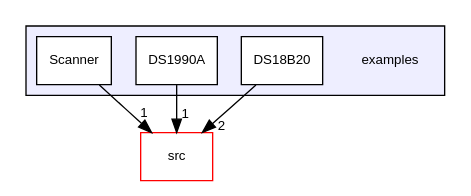
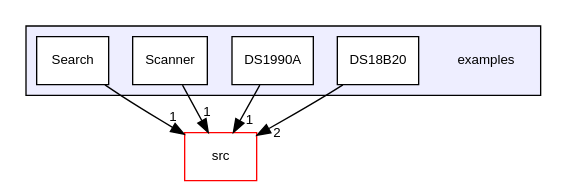
The diagram in Arduino-OWI/dir_d28a4824dc47e487b107a5db32ef43c4_dep.dot (mikaelpatel/mikaelpatel.github.io), drawn with Graphviz before and after one commit. The commit also changed 91 other files, not shown here.

```diff
--- a/Arduino-OWI/dir_d28a4824dc47e487b107a5db32ef43c4_dep.dot
+++ b/Arduino-OWI/dir_d28a4824dc47e487b107a5db32ef43c4_dep.dot
@@ -1,16 +1,18 @@
 digraph "examples" {
   compound=true
   node [ fontsize="10", fontname="Helvetica"];
   edge [ labelfontsize="10", labelfontname="Helvetica"];
   subgraph clusterdir_d28a4824dc47e487b107a5db32ef43c4 {
     graph [ bgcolor="#eeeeff", pencolor="black", label="" URL="dir_d28a4824dc47e487b107a5db32ef43c4.html"];
     dir_d28a4824dc47e487b107a5db32ef43c4 [shape=plaintext label="examples"];
     dir_edc7f58e8c82682a6129433ec455bcd5 [shape=box label="DS18B20" color="black" fillcolor="white" style="filled" URL="dir_edc7f58e8c82682a6129433ec455bcd5.html"];
     dir_8c1bb936615844b522f4b0b799130dfa [shape=box label="DS1990A" color="black" fillcolor="white" style="filled" URL="dir_8c1bb936615844b522f4b0b799130dfa.html"];
     dir_3c255463df23486bbba0dcefb1196b0f [shape=box label="Scanner" color="black" fillcolor="white" style="filled" URL="dir_3c255463df23486bbba0dcefb1196b0f.html"];
+    dir_248e8ef9f6f04c4f5605684854d1c790 [shape=box label="Search" color="black" fillcolor="white" style="filled" URL="dir_248e8ef9f6f04c4f5605684854d1c790.html"];
   }
   dir_68267d1309a1af8e8297ef4c3efbcdba [shape=box label="src" fillcolor="white" style="filled" color="red" URL="dir_68267d1309a1af8e8297ef4c3efbcdba.html"];
-  dir_8c1bb936615844b522f4b0b799130dfa->dir_68267d1309a1af8e8297ef4c3efbcdba [headlabel="1", labeldistance=1.5 headhref="dir_000002_000004.html"];
-  dir_edc7f58e8c82682a6129433ec455bcd5->dir_68267d1309a1af8e8297ef4c3efbcdba [headlabel="2", labeldistance=1.5 headhref="dir_000001_000004.html"];
-  dir_3c255463df23486bbba0dcefb1196b0f->dir_68267d1309a1af8e8297ef4c3efbcdba [headlabel="1", labeldistance=1.5 headhref="dir_000003_000004.html"];
+  dir_248e8ef9f6f04c4f5605684854d1c790->dir_68267d1309a1af8e8297ef4c3efbcdba [headlabel="1", labeldistance=1.5 headhref="dir_000004_000005.html"];
+  dir_8c1bb936615844b522f4b0b799130dfa->dir_68267d1309a1af8e8297ef4c3efbcdba [headlabel="1", labeldistance=1.5 headhref="dir_000002_000005.html"];
+  dir_edc7f58e8c82682a6129433ec455bcd5->dir_68267d1309a1af8e8297ef4c3efbcdba [headlabel="2", labeldistance=1.5 headhref="dir_000001_000005.html"];
+  dir_3c255463df23486bbba0dcefb1196b0f->dir_68267d1309a1af8e8297ef4c3efbcdba [headlabel="1", labeldistance=1.5 headhref="dir_000003_000005.html"];
 }
```
